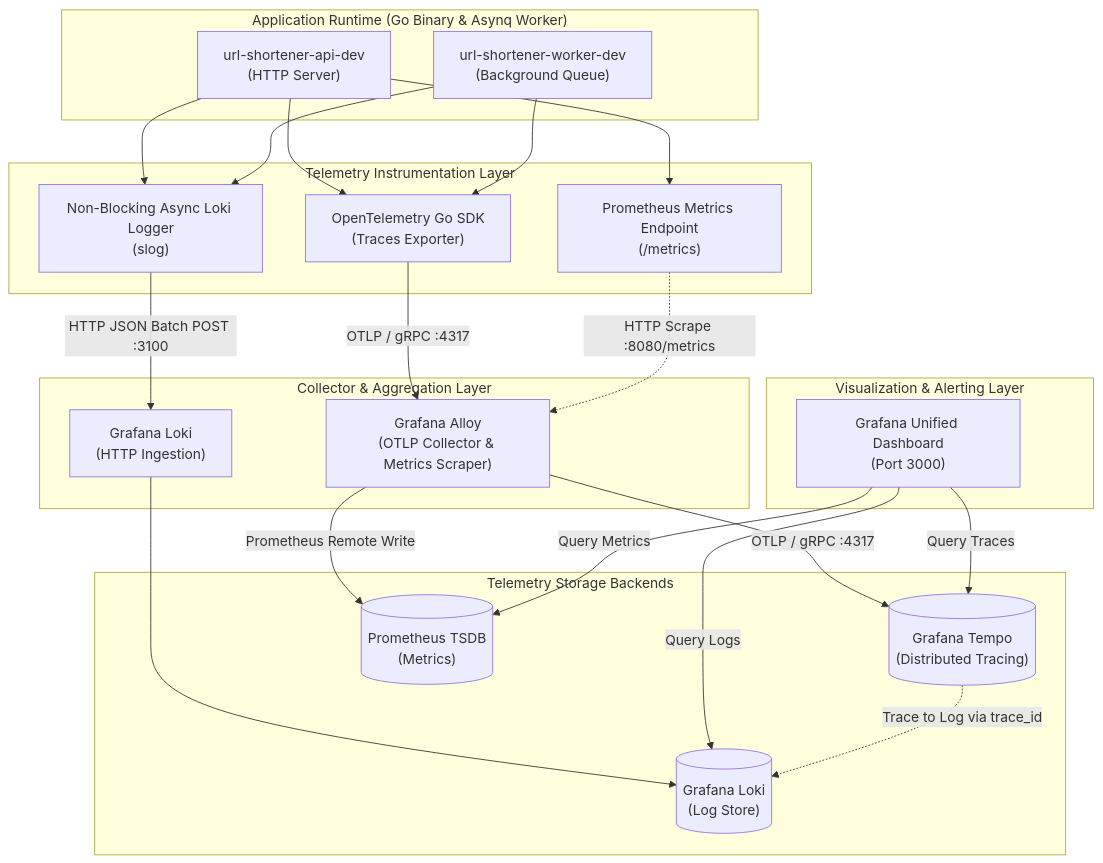
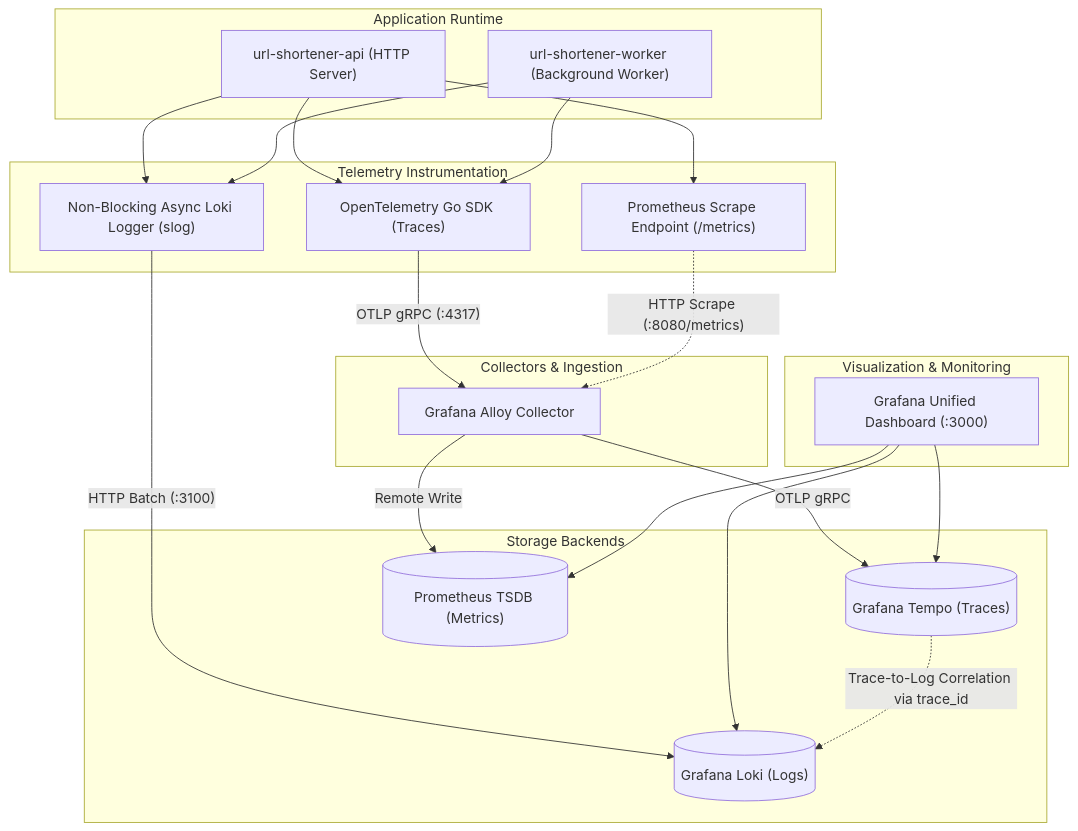
The second of 2 diagrams in README.md (semmidev/url-shortener), drawn with Mermaid before and after one commit. The commit also changed other lines of this file and 11 other files, not shown here.

Commit message:
docs(readme): menghapus sequence diagram, memindahkan folder observability ke scripts, dan merapikan diagram arsitektur

````diff
--- a/README.md
+++ b/README.md
@@ -215,49 +145,45 @@
 ```mermaid
 graph TD
-    subgraph Applications["Application Runtime (Go Binary & Asynq Worker)"]
-        API["url-shortener-api-dev<br/>(HTTP Server)"]
-        Worker["url-shortener-worker-dev<br/>(Background Queue)"]
+    subgraph Applications["Application Runtime"]
+        API["url-shortener-api (HTTP Server)"]
+        Worker["url-shortener-worker (Background Worker)"]
     end
 
-    subgraph TelemetryInstrumentation["Telemetry Instrumentation Layer"]
-        OTELSDK["OpenTelemetry Go SDK<br/>(Traces Exporter)"]
-        PromExporter["Prometheus Metrics Endpoint<br/>(/metrics)"]
-        LokiLogger["Non-Blocking Async Loki Logger<br/>(slog)"]
+    subgraph Exporters["Telemetry Instrumentation"]
+        OTEL["OpenTelemetry Go SDK (Traces)"]
+        PromExporter["Prometheus Scrape Endpoint (/metrics)"]
+        LokiLogger["Non-Blocking Async Loki Logger (slog)"]
     end
 
-    API --> OTELSDK
+    API --> OTEL
     API --> PromExporter
     API --> LokiLogger
-
-    Worker --> OTELSDK
+    Worker --> OTEL
     Worker --> LokiLogger
 
-    subgraph TelemetryCollectors["Collector & Aggregation Layer"]
-        Alloy["Grafana Alloy<br/>(OTLP Collector & Metrics Scraper)"]
-        LokiCollector["Grafana Loki<br/>(HTTP Ingestion)"]
+    subgraph CollectorLayer["Collectors & Ingestion"]
+        Alloy["Grafana Alloy Collector"]
     end
 
-    OTELSDK -->|"OTLP / gRPC :4317"| Alloy
-    PromExporter -.->|"HTTP Scrape :8080/metrics"| Alloy
-    LokiLogger -->|"HTTP JSON Batch POST :3100"| LokiCollector
+    OTEL -->|"OTLP gRPC (:4317)"| Alloy
+    PromExporter -.->|"HTTP Scrape (:8080/metrics)"| Alloy
 
-    subgraph StorageBackends["Telemetry Storage Backends"]
-        Tempo[("Grafana Tempo<br/>(Distributed Tracing)")]
-        Prometheus[("Prometheus TSDB<br/>(Metrics)")]
-        Loki[("Grafana Loki<br/>(Log Store)")]
+    subgraph StorageBackends["Storage Backends"]
+        Tempo[("Grafana Tempo (Traces)")]
+        Prometheus[("Prometheus TSDB (Metrics)")]
+        Loki[("Grafana Loki (Logs)")]
     end
 
-    Alloy -->|"OTLP / gRPC :4317"| Tempo
-    Alloy -->|"Prometheus Remote Write"| Prometheus
-    LokiCollector --> Loki
+    Alloy -->|"OTLP gRPC"| Tempo
+    Alloy -->|"Remote Write"| Prometheus
+    LokiLogger -->|"HTTP Batch (:3100)"| Loki
 
-    subgraph Visualization["Visualization & Alerting Layer"]
-        Grafana["Grafana Unified Dashboard<br/>(Port 3000)"]
+    subgraph Visualization["Visualization & Monitoring"]
+        Grafana["Grafana Unified Dashboard (:3000)"]
     end
 
-    Grafana -->|"Query Traces"| Tempo
-    Grafana -->|"Query Metrics"| Prometheus
-    Grafana -->|"Query Logs"| Loki
-
-    Tempo -.->|"Trace to Log via trace_id"| Loki
+    Grafana --> Tempo
+    Grafana --> Prometheus
+    Grafana --> Loki
+    Tempo -.->|"Trace-to-Log Correlation via trace_id"| Loki
 ```
````
